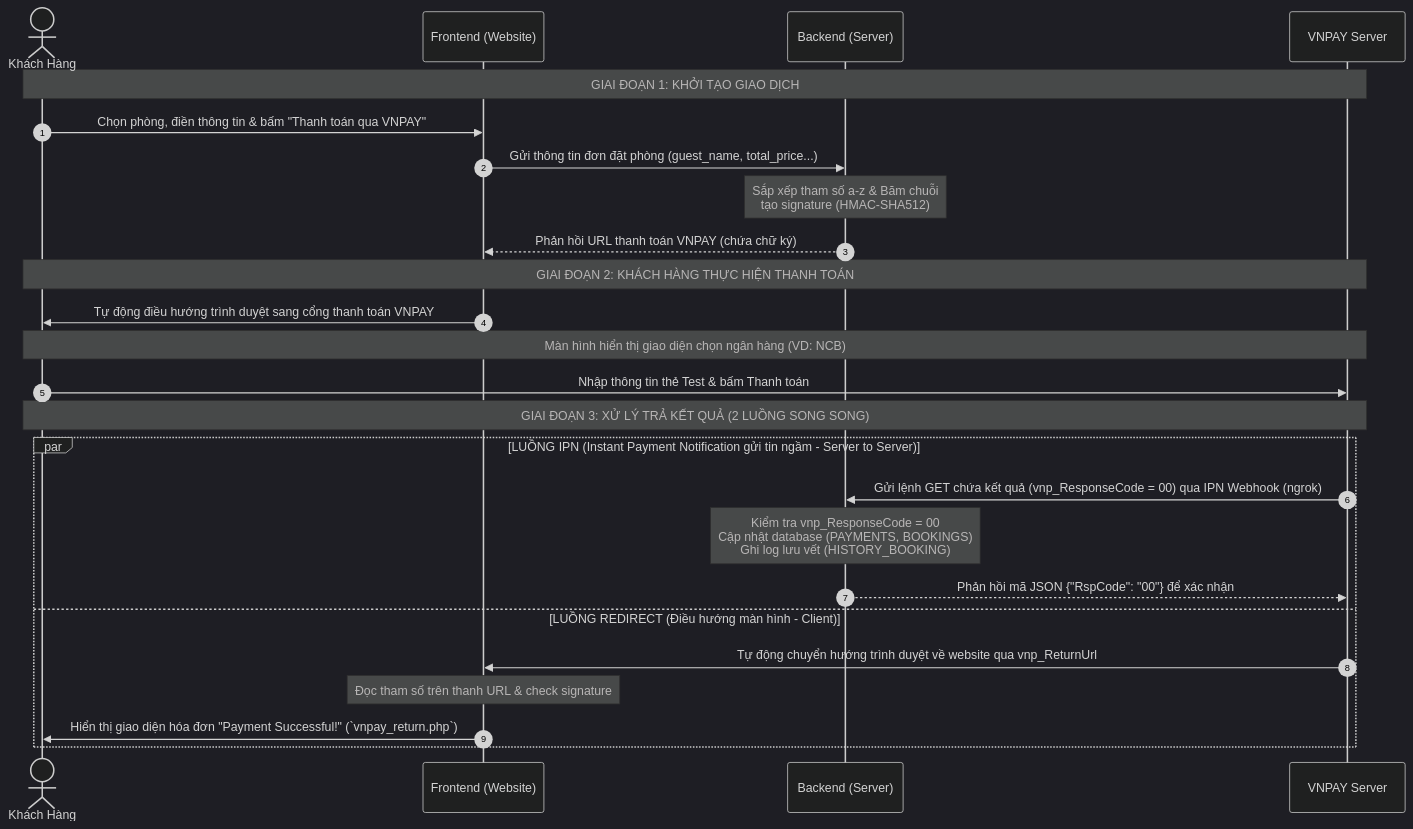
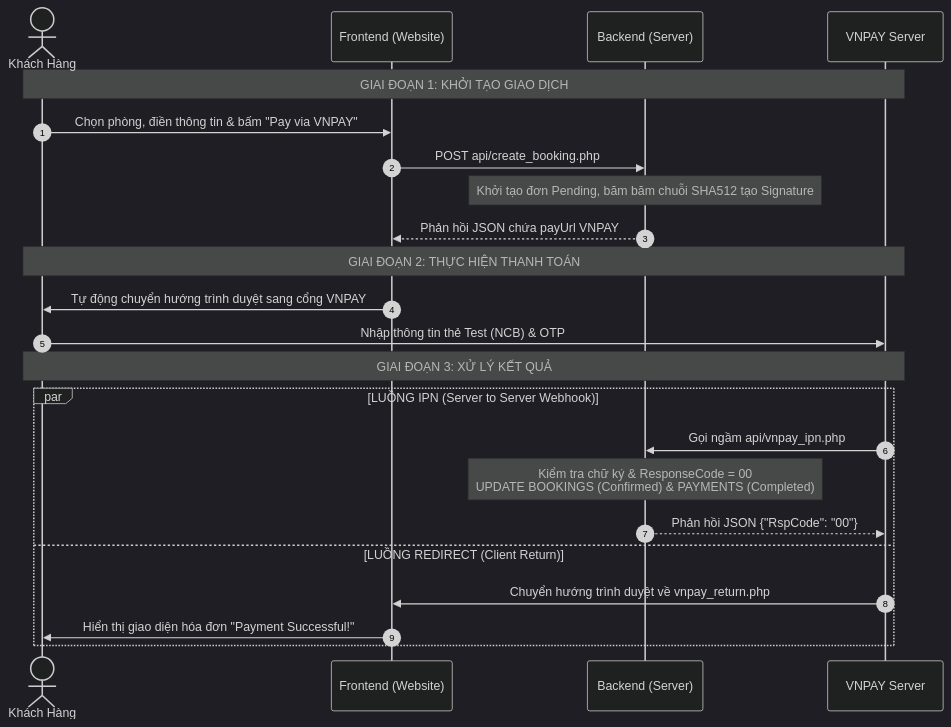
The diagram in README.md (vananhdhj/ocean_haven), drawn with Mermaid (dark theme) before and after one commit. The commit also changed other lines of this file and 16 other files, not shown here.

````diff
--- a/README.md
+++ b/README.md
@@ -186,33 +227,31 @@
 ```mermaid
 sequenceDiagram
     autonumber
     actor Khách Hàng
     participant FE as Frontend (Website)
     participant BE as Backend (Server)
     participant VNPAY as VNPAY Server
 
     %% Giai đoạn 1
     Note over Khách Hàng, VNPAY: GIAI ĐOẠN 1: KHỞI TẠO GIAO DỊCH
-    Khách Hàng->>FE: Chọn phòng, điền thông tin & bấm "Thanh toán qua VNPAY"
-    FE->>BE: Gửi thông tin đơn đặt phòng (guest_name, total_price...)
-    Note over BE: Sắp xếp tham số a-z & Băm chuỗi<br/>tạo signature (HMAC-SHA512)
-    BE-->>FE: Phản hồi URL thanh toán VNPAY (chứa chữ ký)
+    Khách Hàng->>FE: Chọn phòng, điền thông tin & bấm "Pay via VNPAY"
+    FE->>BE: POST api/create_booking.php
+    Note over BE: Khởi tạo đơn Pending, băm băm chuỗi SHA512 tạo Signature
+    BE-->>FE: Phản hồi JSON chứa payUrl VNPAY
 
     %% Giai đoạn 2
-    Note over Khách Hàng, VNPAY: GIAI ĐOẠN 2: KHÁCH HÀNG THỰC HIỆN THANH TOÁN
-    FE->>Khách Hàng: Tự động điều hướng trình duyệt sang cổng thanh toán VNPAY
-    Note over Khách Hàng, VNPAY: Màn hình hiển thị giao diện chọn ngân hàng (VD: NCB)
-    Khách Hàng->>VNPAY: Nhập thông tin thẻ Test & bấm Thanh toán
+    Note over Khách Hàng, VNPAY: GIAI ĐOẠN 2: THỰC HIỆN THANH TOÁN
+    FE->>Khách Hàng: Tự động chuyển hướng trình duyệt sang cổng VNPAY
+    Khách Hàng->>VNPAY: Nhập thông tin thẻ Test (NCB) & OTP
 
     %% Giai đoạn 3
-    Note over Khách Hàng, VNPAY: GIAI ĐOẠN 3: XỬ LÝ TRẢ KẾT QUẢ (2 LUỒNG SONG SONG)
-    par LUỒNG IPN (Instant Payment Notification gửi tin ngầm - Server to Server)
-        VNPAY->>BE: Gửi lệnh GET chứa kết quả (vnp_ResponseCode = 00) qua IPN Webhook (ngrok)
-        Note over BE: Kiểm tra vnp_ResponseCode = 00<br/>Cập nhật database (PAYMENTS, BOOKINGS)<br/>Ghi log lưu vết (HISTORY_BOOKING)
-        BE-->>VNPAY: Phản hồi mã JSON {"RspCode": "00"} để xác nhận
-    and LUỒNG REDIRECT (Điều hướng màn hình - Client)
-        VNPAY->>FE: Tự động chuyển hướng trình duyệt về website qua vnp_ReturnUrl
-        Note over FE: Đọc tham số trên thanh URL & check signature
-        FE->>Khách Hàng: Hiển thị giao diện hóa đơn "Payment Successful!" (`vnpay_return.php`)
+    Note over Khách Hàng, VNPAY: GIAI ĐOẠN 3: XỬ LÝ KẾT QUẢ
+    par LUỒNG IPN (Server to Server Webhook)
+        VNPAY->>BE: Gọi ngầm api/vnpay_ipn.php
+        Note over BE: Kiểm tra chữ ký & ResponseCode = 00<br/>UPDATE BOOKINGS (Confirmed) & PAYMENTS (Completed)
+        BE-->>VNPAY: Phản hồi JSON {"RspCode": "00"}
+    and LUỒNG REDIRECT (Client Return)
+        VNPAY->>FE: Chuyển hướng trình duyệt về vnpay_return.php
+        FE->>Khách Hàng: Hiển thị giao diện hóa đơn "Payment Successful!"
     end
 ```
````
